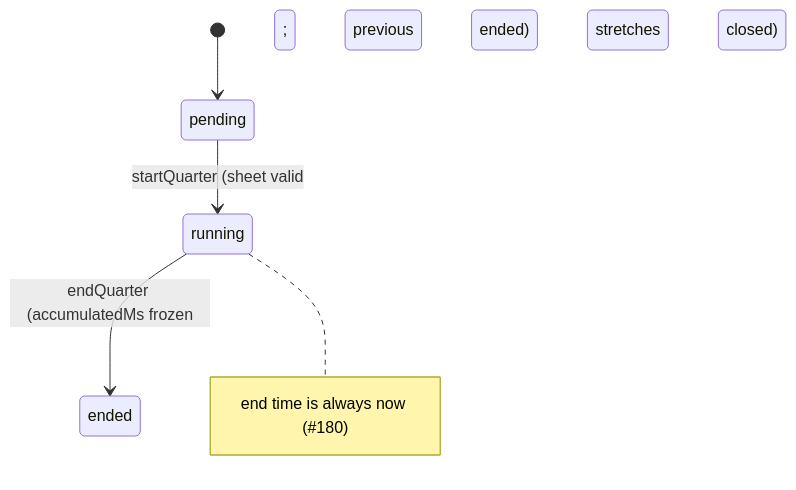
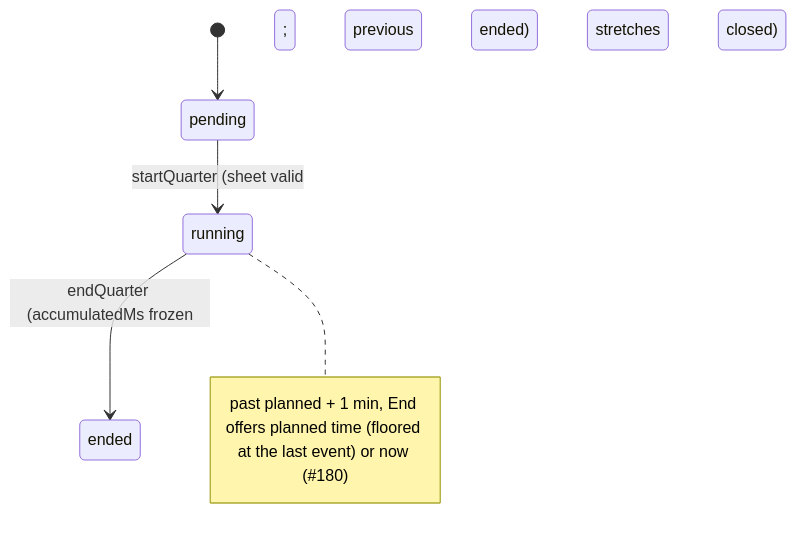
The second of 2 diagrams in docs/domain-models.md (vanstoner/coaching-app), drawn with Mermaid before and after one commit. The commit also changed other lines of this file and 12 other files, not shown here.

````diff
--- a/docs/domain-models.md
+++ b/docs/domain-models.md
@@ -92,7 +92,7 @@
 ```mermaid
 stateDiagram-v2
     [*] --> pending
     pending --> running: startQuarter (sheet valid; previous ended)
     running --> ended: endQuarter (accumulatedMs frozen; stretches closed)
-    note right of running: end time is always now (#180)
+    note right of running: past planned + 1 min, End offers planned time (floored at the last event) or now (#180)
 ```
````
